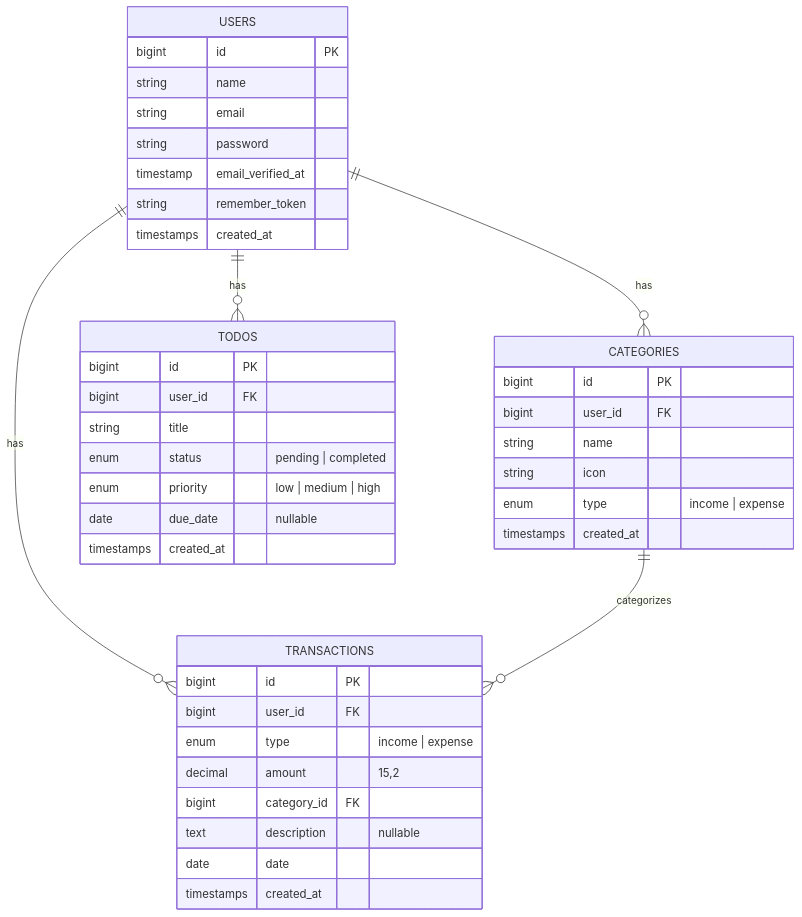
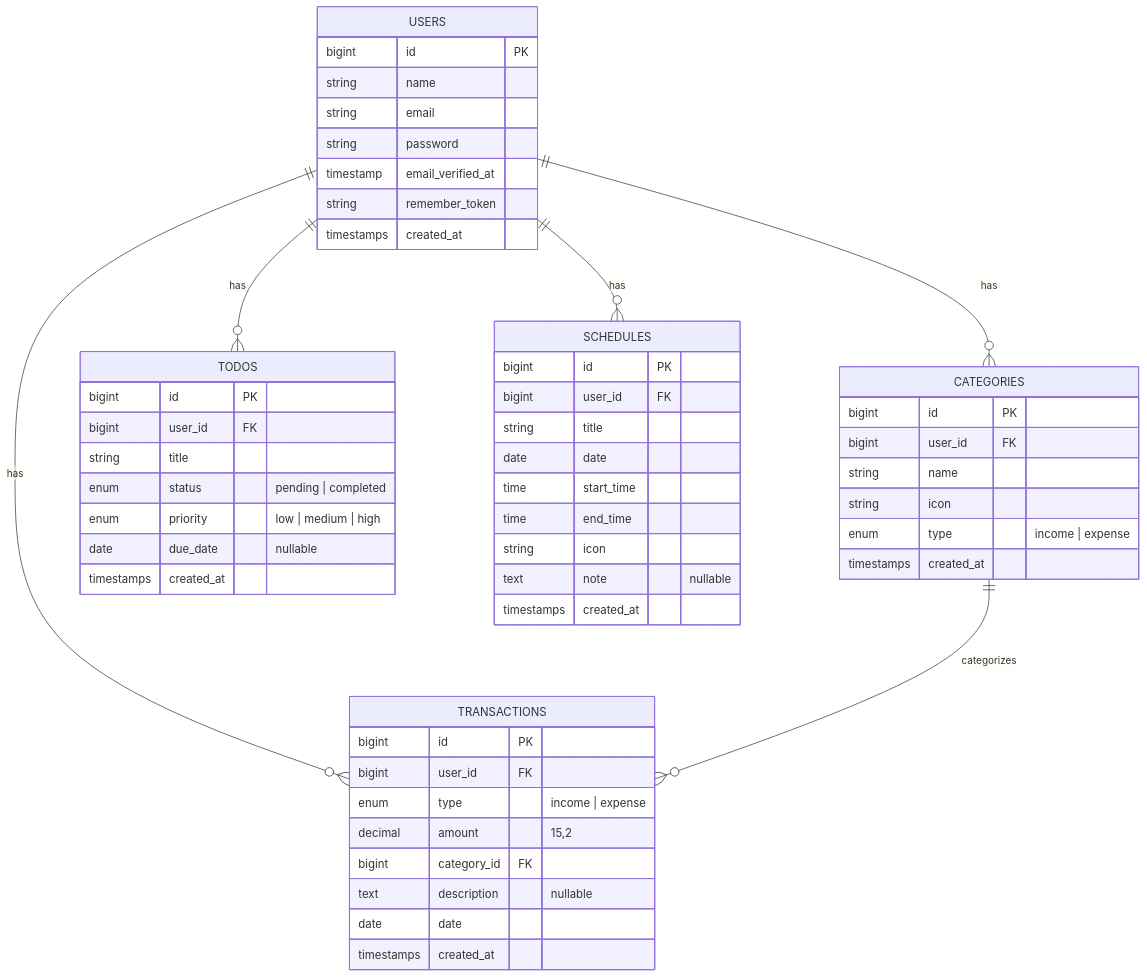
One commit to mohammadakbarr18/MyLife-OS changed the diagram in README.md. Above: the diagram before and after it, drawn with Mermaid. The commit also changed other lines of this file and 3 other files, not shown here.

````diff
--- a/README.md
+++ b/README.md
@@ -296,47 +328,60 @@
 ```mermaid
 erDiagram
     USERS ||--o{ CATEGORIES : has
     USERS ||--o{ TRANSACTIONS : has
     USERS ||--o{ TODOS : has
+    USERS ||--o{ SCHEDULES : has
     CATEGORIES ||--o{ TRANSACTIONS : categorizes
 
     USERS {
         bigint id PK
         string name
         string email
         string password
         timestamp email_verified_at
         string remember_token
         timestamps created_at
     }
 
     CATEGORIES {
         bigint id PK
         bigint user_id FK
         string name
         string icon
         enum type "income | expense"
         timestamps created_at
     }
 
     TRANSACTIONS {
         bigint id PK
         bigint user_id FK
         enum type "income | expense"
         decimal amount "15,2"
         bigint category_id FK
         text description "nullable"
         date date
         timestamps created_at
     }
 
     TODOS {
         bigint id PK
         bigint user_id FK
         string title
         enum status "pending | completed"
         enum priority "low | medium | high"
         date due_date "nullable"
         timestamps created_at
     }
+
+    SCHEDULES {
+        bigint id PK
+        bigint user_id FK
+        string title
+        date date
+        time start_time
+        time end_time
+        string icon
+        text note "nullable"
+        timestamps created_at
+    }
 ```
````
